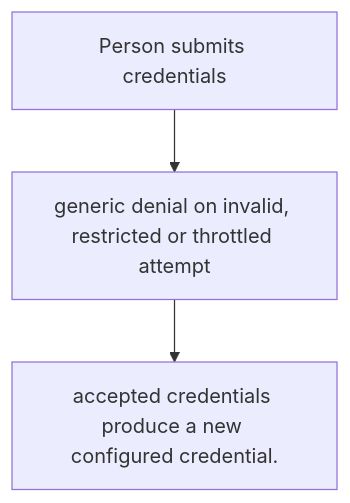
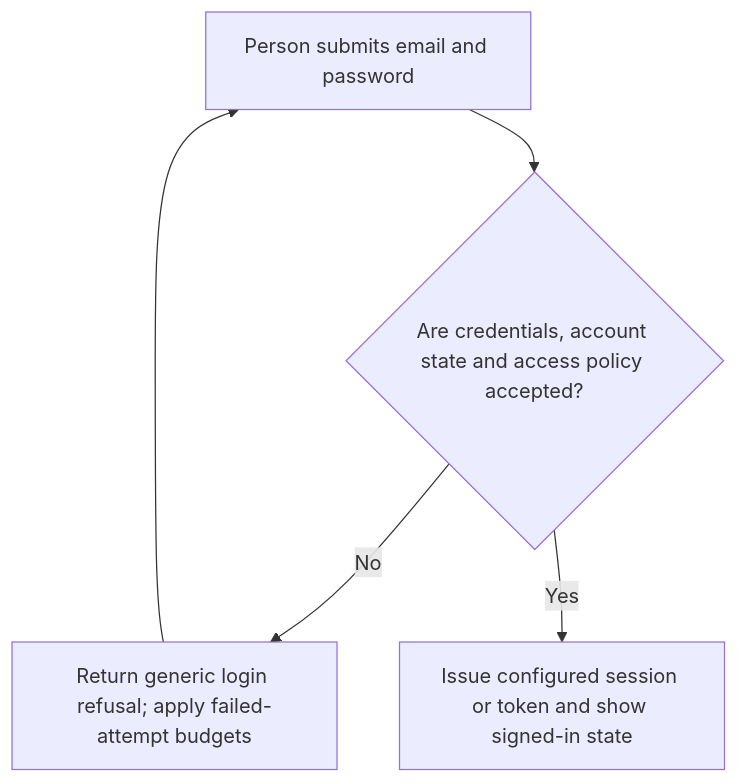
Before and after one commit to Kevinjohn/oss-adonisjs-account-kit: the first of 2 diagrams in user-stories/US-ACCOUNT-03-sign-in.md, drawn with Mermaid. The commit also changed other lines of this file and 17 other files, not shown here.

````diff
--- a/user-stories/US-ACCOUNT-03-sign-in.md
+++ b/user-stories/US-ACCOUNT-03-sign-in.md
@@ -20,8 +18,7 @@
 ```mermaid
 flowchart TD
-    U0["Person submits credentials"]
-    U1["generic denial on invalid, restricted or throttled attempt"]
-    U0 --> U1
-    U2["accepted credentials produce a new configured credential."]
-    U1 --> U2
+ A["Person submits email and password"] --> B{"Are credentials, account state and access policy accepted?"}
+ B -->|No| C["Return generic login refusal; apply failed-attempt budgets"]
+ C --> A
+ B -->|Yes| D["Issue configured session or token and show signed-in state"]
 ```
````
